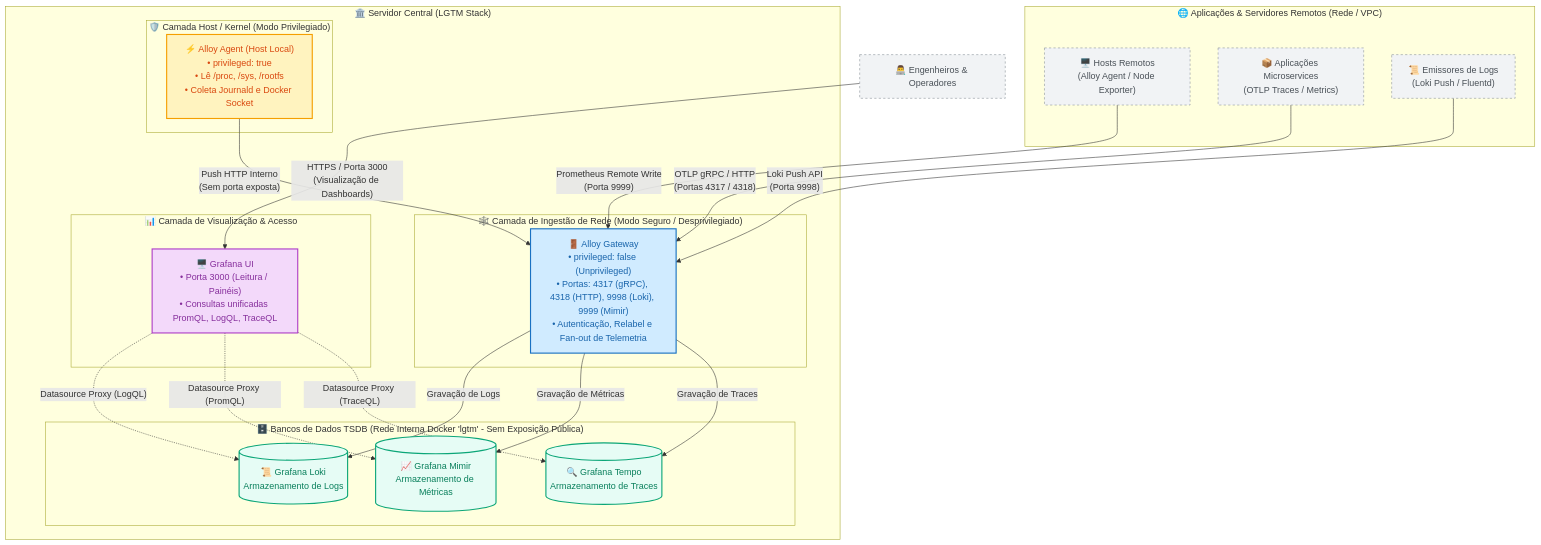
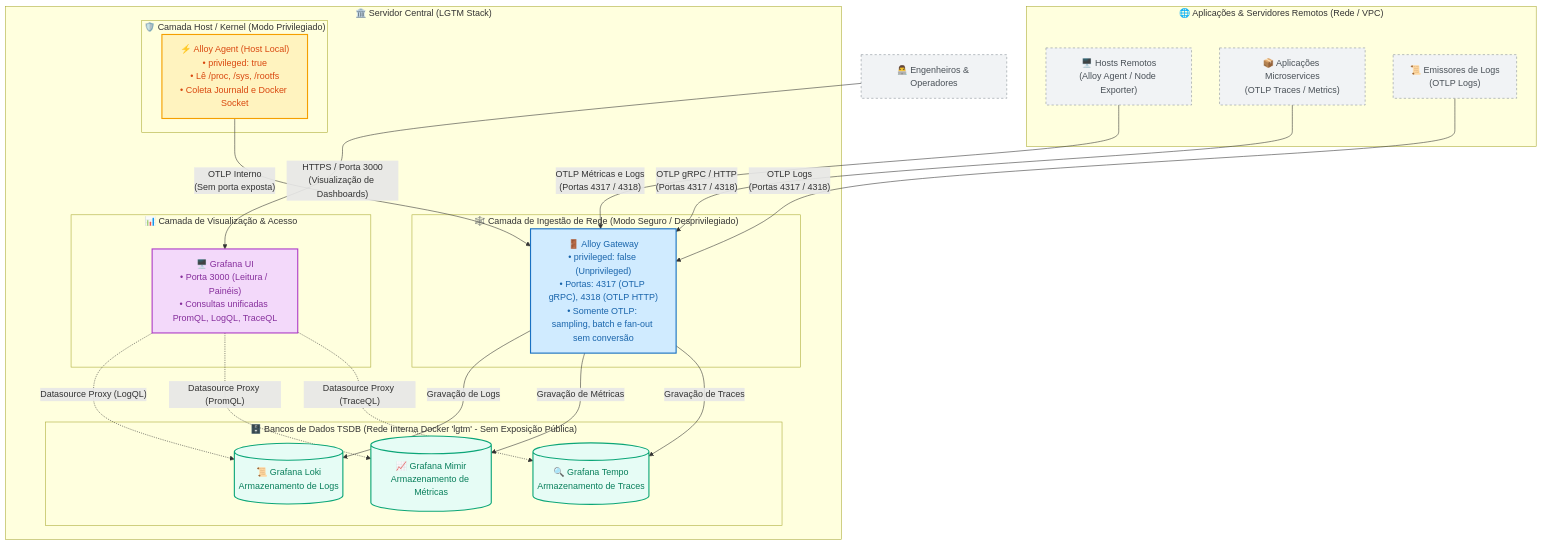
Before and after one commit to danielsabatini/lgtm-stack-otel: the diagram in docs/ARCHITECTURE.md, drawn with Mermaid. The commit also changed other lines of this file and 22 other files, not shown here.

First line of the commit message:
feat(otel)!: backends e gateway 100% OTLP com semantica OpenTelemetry

````diff
--- a/docs/ARCHITECTURE.md
+++ b/docs/ARCHITECTURE.md
@@ -32,52 +32,52 @@
 ```mermaid
 flowchart TB
     %% Estilos e Classes
     classDef hostBox fill:#f8f9fa,stroke:#495057,stroke-width:2px,color:#212529;
     classDef privBox fill:#fff3bf,stroke:#f59f00,stroke-width:2px,color:#d9480f;
     classDef gtwBox fill:#d0ebff,stroke:#1971c2,stroke-width:2px,color:#1864ab;
     classDef tsdbBox fill:#e6fcf5,stroke:#0ca678,stroke-width:2px,color:#087f5b;
     classDef uiBox fill:#f3d9fa,stroke:#ae3ec9,stroke-width:2px,color:#862e9c;
     classDef extBox fill:#f1f3f5,stroke:#868e96,stroke-dasharray: 4 4,color:#495057;
 
     subgraph EXT ["🌐 Aplicações & Servidores Remotos (Rede / VPC)"]
         APP1["🖥️ Hosts Remotos<br/>(Alloy Agent / Node Exporter)"]:::extBox
         APP2["📦 Aplicações Microservices<br/>(OTLP Traces / Metrics)"]:::extBox
-        APP3["📜 Emissores de Logs<br/>(Loki Push / Fluentd)"]:::extBox
+        APP3["📜 Emissores de Logs<br/>(OTLP Logs)"]:::extBox
     end
 
     subgraph STACK ["🏛️ Servidor Central (LGTM Stack)"]
         subgraph PRIV ["🛡️ Camada Host / Kernel (Modo Privilegiado)"]
             AGENT["⚡ Alloy Agent (Host Local)<br/>• privileged: true<br/>• Lê /proc, /sys, /rootfs<br/>• Coleta Journald e Docker Socket"]:::privBox
         end
 
         subgraph UNPRIV ["🕸️ Camada de Ingestão de Rede (Modo Seguro / Desprivilegiado)"]
-            GATEWAY["🚪 Alloy Gateway<br/>• privileged: false (Unprivileged)<br/>• Portas: 4317 (gRPC), 4318 (HTTP), 9998 (Loki), 9999 (Mimir)<br/>• Autenticação, Relabel e Fan-out de Telemetria"]:::gtwBox
+            GATEWAY["🚪 Alloy Gateway<br/>• privileged: false (Unprivileged)<br/>• Portas: 4317 (OTLP gRPC), 4318 (OTLP HTTP)<br/>• Somente OTLP: sampling, batch e fan-out sem conversão"]:::gtwBox
         end
 
         subgraph BACKENDS ["🗄️ Bancos de Dados TSDB (Rede Interna Docker 'lgtm' - Sem Exposição Pública)"]
             LOKI[("📜 Grafana Loki<br/>Armazenamento de Logs")]:::tsdbBox
             MIMIR[("📈 Grafana Mimir<br/>Armazenamento de Métricas")]:::tsdbBox
             TEMPO[("🔍 Grafana Tempo<br/>Armazenamento de Traces")]:::tsdbBox
         end
 
         subgraph FRONTEND ["📊 Camada de Visualização & Acesso"]
             GRAFANA["🖥️ Grafana UI<br/>• Porta 3000 (Leitura / Painéis)<br/>• Consultas unificadas PromQL, LogQL, TraceQL"]:::uiBox
         end
     end
 
     %% Conexões e Fluxos
-    AGENT -->|"Push HTTP Interno<br/>(Sem porta exposta)"| GATEWAY
-    APP1 -->|"Prometheus Remote Write<br/>(Porta 9999)"| GATEWAY
+    AGENT -->|"OTLP Interno<br/>(Sem porta exposta)"| GATEWAY
+    APP1 -->|"OTLP Métricas e Logs<br/>(Portas 4317 / 4318)"| GATEWAY
     APP2 -->|"OTLP gRPC / HTTP<br/>(Portas 4317 / 4318)"| GATEWAY
-    APP3 -->|"Loki Push API<br/>(Porta 9998)"| GATEWAY
+    APP3 -->|"OTLP Logs<br/>(Portas 4317 / 4318)"| GATEWAY
 
     GATEWAY -->|"Gravação de Logs"| LOKI
     GATEWAY -->|"Gravação de Métricas"| MIMIR
     GATEWAY -->|"Gravação de Traces"| TEMPO
 
     GRAFANA -.->|"Datasource Proxy (LogQL)"| LOKI
     GRAFANA -.->|"Datasource Proxy (PromQL)"| MIMIR
     GRAFANA -.->|"Datasource Proxy (TraceQL)"| TEMPO
 
     USER["👨‍💻 Engenheiros & Operadores"]:::extBox -->|"HTTPS / Porta 3000<br/>(Visualização de Dashboards)"| GRAFANA
 ```
````
